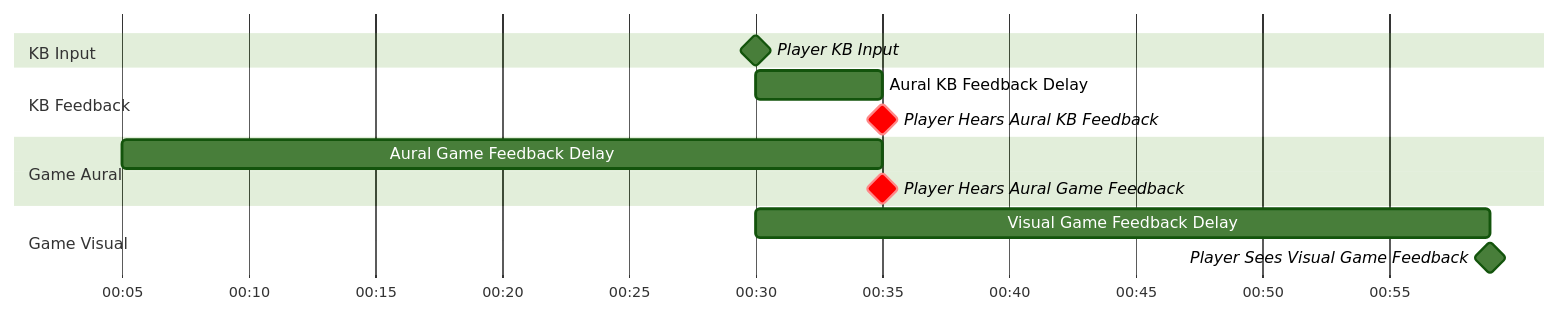
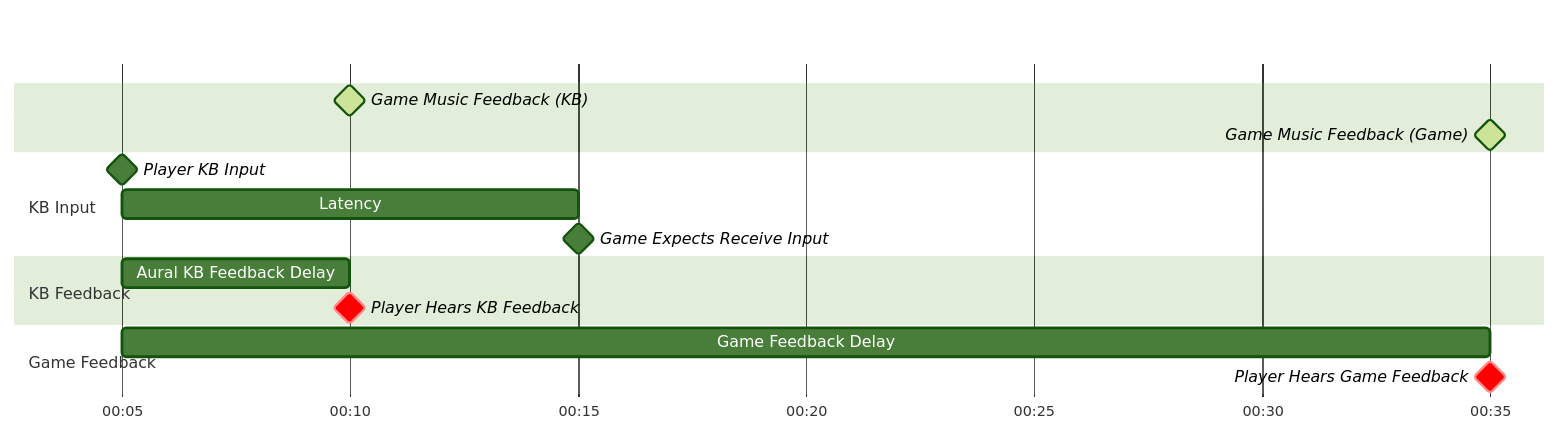
Before and after one commit to Eve-ning/Eve-ning.github.io: the seventh of 14 diagrams in _posts/2024-10-04-hitsounds.md, drawn with Mermaid (forest theme). The commit also changed other lines of this file, not shown here.

````diff
--- a/_posts/2024-10-04-hitsounds.md
+++ b/_posts/2024-10-04-hitsounds.md
@@ -290,19 +282,21 @@
 ```mermaid
 gantt
   dateFormat mm:ss
   axisFormat %M:%S
+  tickInterval 5second
+
+  Game Music Feedback (KB): active, milestone, 00:10,
+  Game Music Feedback (Game): active, milestone, 00:35,
   section KB Input
-    Player KB Input: milestone, 00:30,
+    Player KB Input: milestone, 00:05,
+    Latency: 00:05, 00:15
+    Game Expects Receive Input: milestone, 00:15
 
   section KB Feedback
-    Aural KB Feedback Delay: 00:30, 00:35
-    Player Hears Aural KB Feedback: crit, milestone, 00:35,
+    Aural KB Feedback Delay: 00:05, 00:10
+    Player Hears KB Feedback: crit, milestone, 00:10,
 
-  section Game Aural
-    Aural Game Feedback Delay: 00:05, 00:35
-    Player Hears Aural Game Feedback: crit, milestone, 00:35,
-
-  section Game Visual
-    Visual Game Feedback Delay: 00:30, 00:59
-    Player Sees Visual Game Feedback: milestone, 00:59,
+  section Game Feedback
+    Game Feedback Delay: 00:05, 00:35
+    Player Hears Game Feedback: crit, milestone, 00:35,
 ```
````
